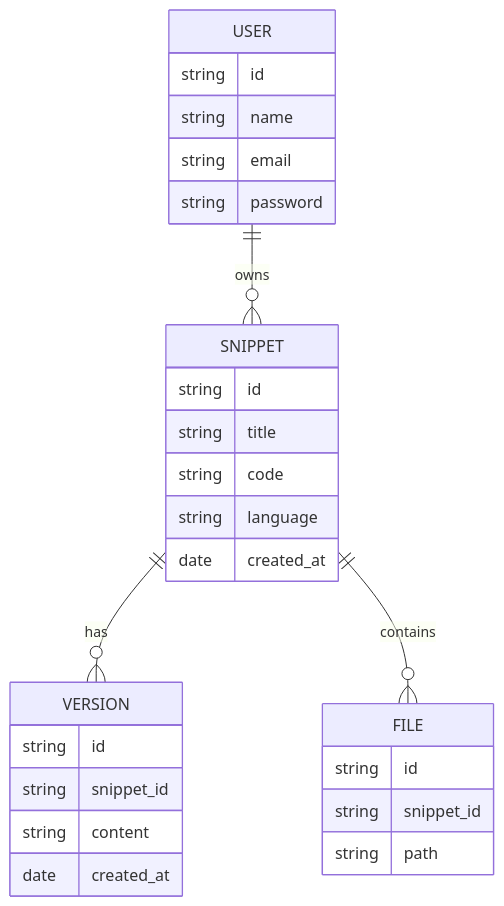
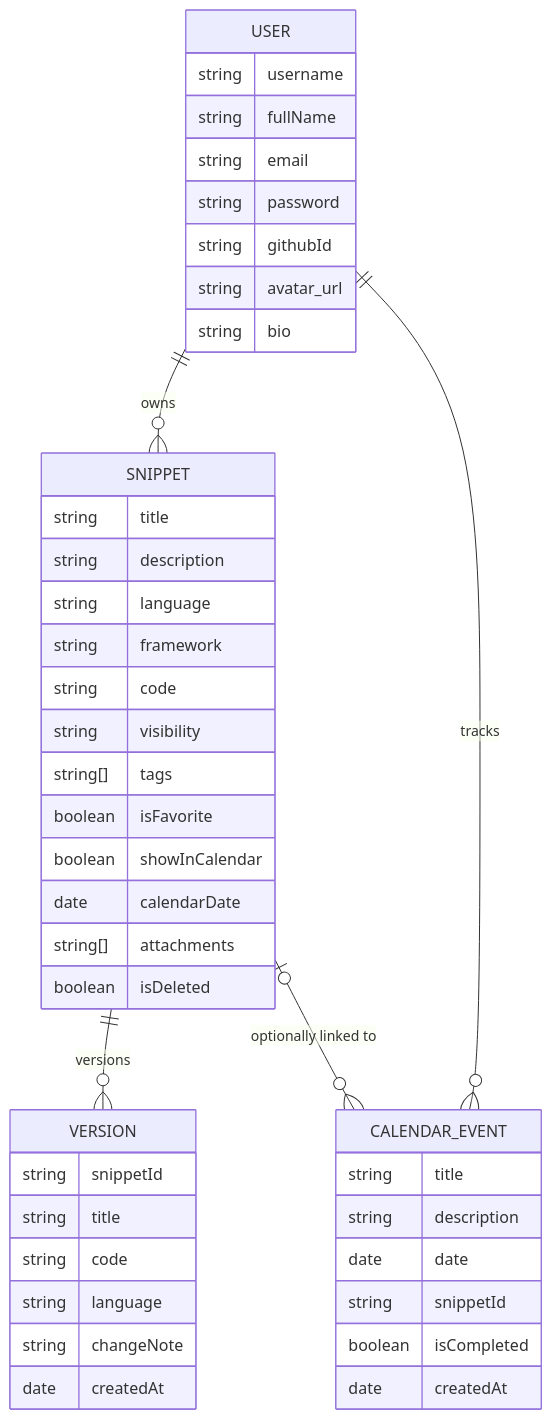
One commit to mahi656/Code-Snippet changed the diagram in ErDiagram.md. Above: the diagram before and after it, drawn with Mermaid. The commit also changed 5 other files, not shown here.

Commit message:
docs: update diagrams in markdown files

````diff
--- a/ErDiagram.md
+++ b/ErDiagram.md
@@ -1,35 +1,50 @@
 ```mermaid
 erDiagram
+    USER ||--o{ SNIPPET : owns
+    USER ||--o{ CALENDAR_EVENT : tracks
+    SNIPPET ||--o{ VERSION : versions
+    SNIPPET |o--o{ CALENDAR_EVENT : "optionally linked to"
 
-USER ||--o{ SNIPPET : owns
-SNIPPET ||--o{ VERSION : has
-SNIPPET ||--o{ FILE : contains
+    USER {
+        string username
+        string fullName
+        string email
+        string password
+        string githubId
+        string avatar_url
+        string bio
+    }
 
-USER {
-  string id
-  string name
-  string email
-  string password
-}
+    SNIPPET {
+        string title
+        string description
+        string language
+        string framework
+        string code
+        string visibility
+        string[] tags
+        boolean isFavorite
+        boolean showInCalendar
+        date calendarDate
+        string[] attachments
+        boolean isDeleted
+    }
 
-SNIPPET {
-  string id
-  string title
-  string code
-  string language
-  date created_at
-}
+    VERSION {
+        string snippetId
+        string title
+        string code
+        string language
+        string changeNote
+        date createdAt
+    }
 
-VERSION {
-  string id
-  string snippet_id
-  string content
-  date created_at
-}
-
-FILE {
-  string id
-  string snippet_id
-  string path
-}
+    CALENDAR_EVENT {
+        string title
+        string description
+        date date
+        string snippetId
+        boolean isCompleted
+        date createdAt
+    }
 ```
````
